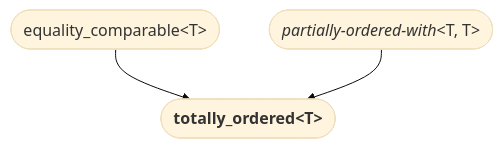
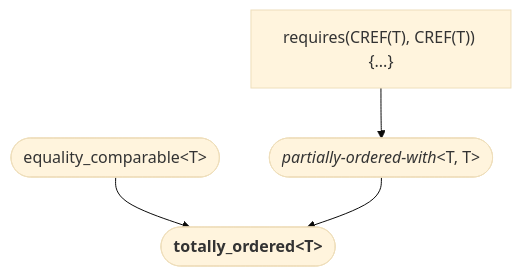
Diagram 17 of 27 in README.md (yohhoy/cpp-concepts), drawn with Mermaid (base theme) before and after one commit. The commit also changed other lines of this file, not shown here.

Commit message:
expand partially-ordered-with

````diff
--- a/README.md
+++ b/README.md
@@ -201,6 +201,8 @@
 ```mermaid
 graph TD
+    %% partially-ordered-with<T, T>
+    AC["requires(CREF(T), CREF(T)) {...}"] --> partially-ordered-with(["<i>partially-ordered-with</i>&lt;T, T&gt;"]);
     %% std::totally_ordered<T>
     equality_comparable(["equality_comparable&lt;T&gt;"]) --> totally_ordered(["<b>totally_ordered&lt;T&gt;</b>"]);
-    pow(["<i>partially-ordered-with</i>&lt;T, T&gt;"]) --> totally_ordered;
+    partially-ordered-with --> totally_ordered;
 ```
````
